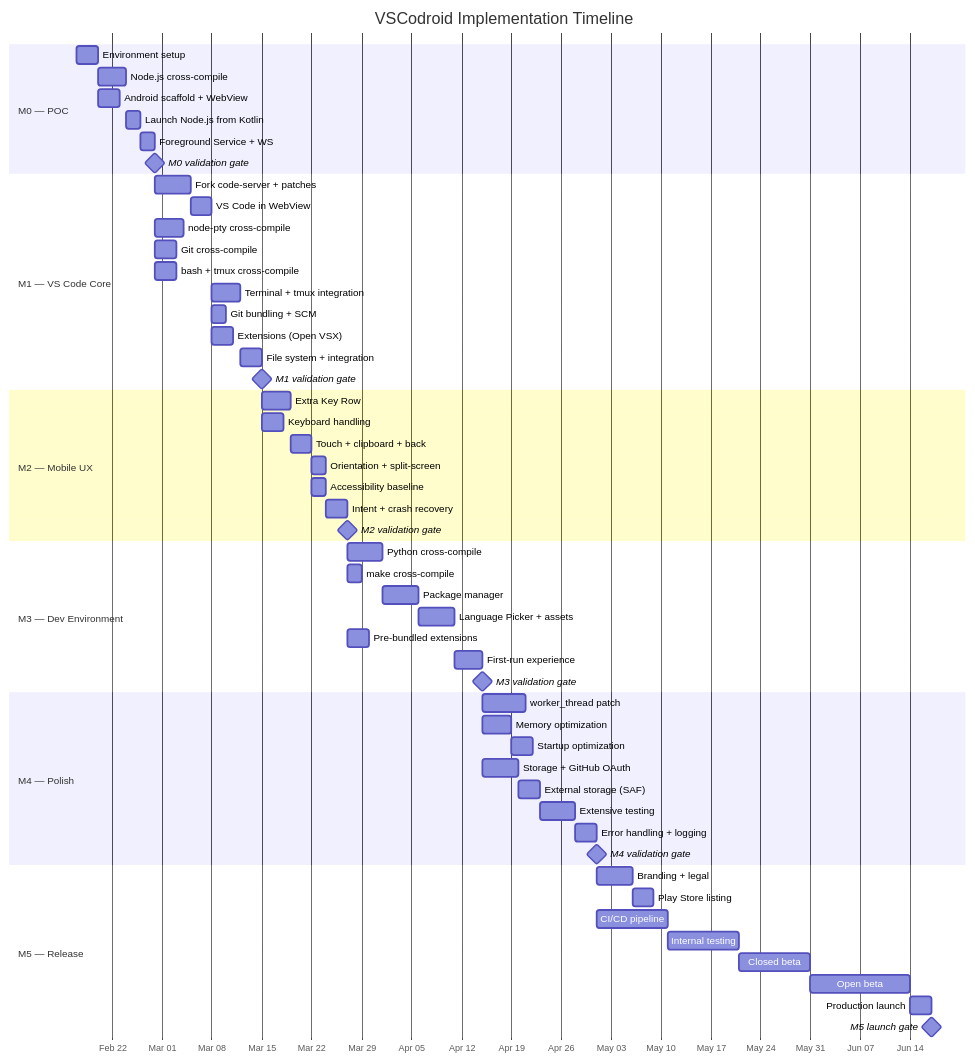
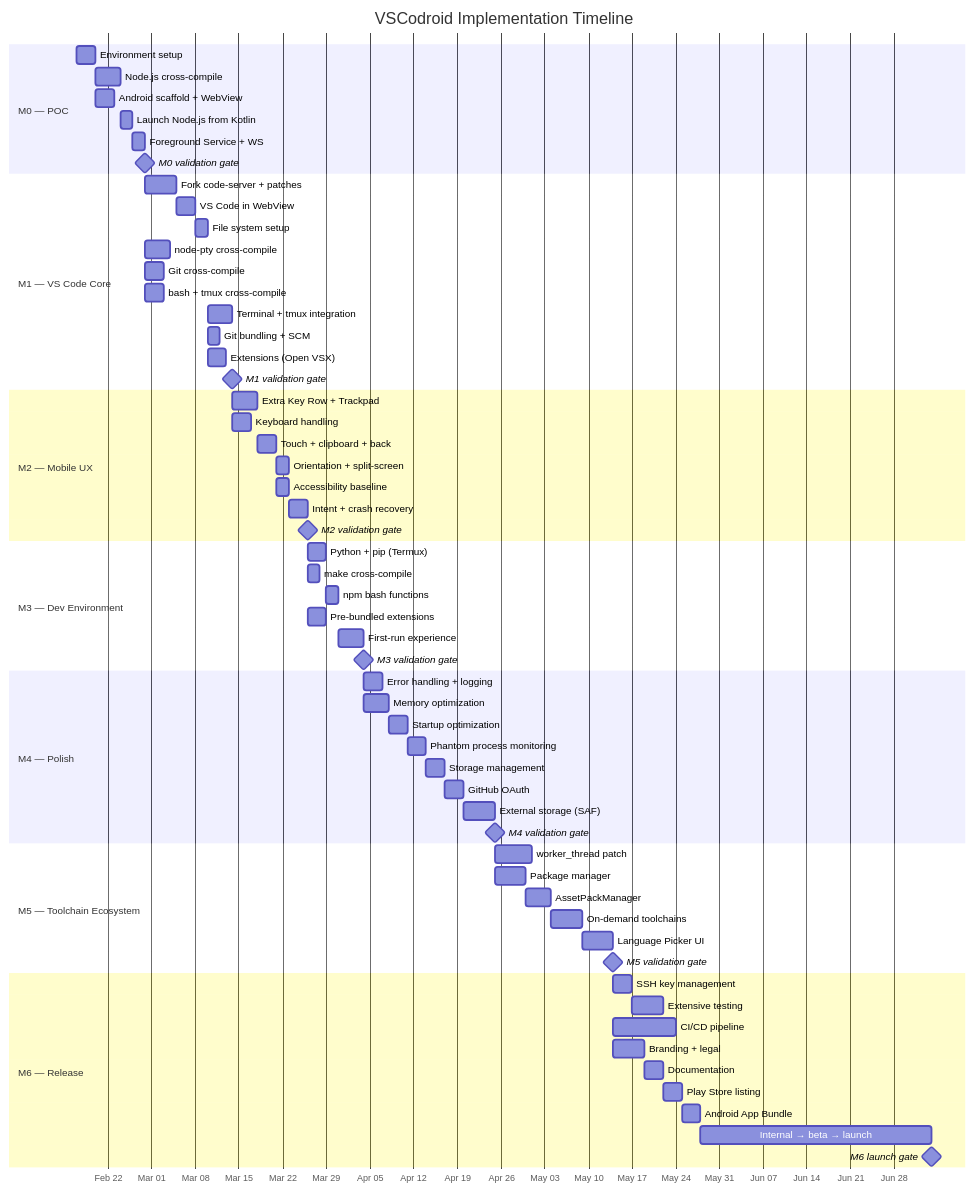
Before and after one commit to rmyndharis/VSCodroid: the first of 9 diagrams in docs/12-IMPLEMENTATION_PLAN.md, drawn with Mermaid. The commit also changed other lines of this file, not shown here.

First line of the commit message:
docs: align implementation plan with M0-M6 milestone structure

````diff
--- a/docs/12-IMPLEMENTATION_PLAN.md
+++ b/docs/12-IMPLEMENTATION_PLAN.md
@@ -25,64 +25,72 @@
 ```mermaid
 gantt
   title VSCodroid Implementation Timeline
   dateFormat YYYY-MM-DD
   axisFormat %b %d
 
   section M0 — POC
     Environment setup           :m0a, 2026-02-17, 3d
     Node.js cross-compile       :m0b, after m0a, 4d
     Android scaffold + WebView  :m0c, after m0a, 3d
     Launch Node.js from Kotlin  :m0d, after m0b m0c, 2d
     Foreground Service + WS     :m0e, after m0d, 2d
     M0 validation gate          :milestone, m0gate, after m0e, 0d
 
   section M1 — VS Code Core
     Fork code-server + patches  :m1a, after m0gate, 5d
     VS Code in WebView          :m1b, after m1a, 3d
+    File system setup           :m1c2, after m1b, 2d
     node-pty cross-compile      :m1c, after m0gate, 4d
     Git cross-compile           :m1d, after m0gate, 3d
     bash + tmux cross-compile   :m1e, after m0gate, 3d
-    Terminal + tmux integration :m1f, after m1b m1c m1e, 4d
-    Git bundling + SCM          :m1g, after m1b m1d, 2d
-    Extensions (Open VSX)       :m1h, after m1b, 3d
-    File system + integration   :m1i, after m1f m1g m1h, 3d
-    M1 validation gate          :milestone, m1gate, after m1i, 0d
+    Terminal + tmux integration :m1f, after m1c2 m1c m1e, 4d
+    Git bundling + SCM          :m1g, after m1c2 m1d, 2d
+    Extensions (Open VSX)       :m1h, after m1c2, 3d
+    M1 validation gate          :milestone, m1gate, after m1f m1g m1h, 0d
 
   section M2 — Mobile UX
-    Extra Key Row               :m2a, after m1gate, 4d
+    Extra Key Row + Trackpad    :m2a, after m1gate, 4d
     Keyboard handling           :m2b, after m1gate, 3d
     Touch + clipboard + back    :m2c, after m2a m2b, 3d
     Orientation + split-screen  :m2d, after m2c, 2d
     Accessibility baseline      :m2e, after m2c, 2d
     Intent + crash recovery     :m2f, after m2d m2e, 3d
     M2 validation gate          :milestone, m2gate, after m2f, 0d
 
   section M3 — Dev Environment
-    Python cross-compile        :m3a, after m2gate, 5d
+    Python + pip (Termux)       :m3a, after m2gate, 3d
     make cross-compile          :m3b, after m2gate, 2d
-    Package manager             :m3c, after m3a m3b, 5d
-    Language Picker + assets    :m3d, after m3c, 5d
-    Pre-bundled extensions      :m3e, after m2gate, 3d
-    First-run experience        :m3f, after m3d m3e, 4d
-    M3 validation gate          :milestone, m3gate, after m3f, 0d
+    npm bash functions          :m3c, after m3a m3b, 2d
+    Pre-bundled extensions      :m3d, after m2gate, 3d
+    First-run experience        :m3e, after m3c m3d, 4d
+    M3 validation gate          :milestone, m3gate, after m3e, 0d
 
   section M4 — Polish
-    worker_thread patch         :m4a, after m3gate, 6d
+    Error handling + logging    :m4a, after m3gate, 3d
     Memory optimization         :m4b, after m3gate, 4d
-    Startup optimization        :m4c, after m4b, 3d
-    Storage + GitHub OAuth      :m4d, after m3gate, 5d
-    External storage (SAF)      :m4e, after m4d, 3d
-    Extensive testing           :m4f, after m4a m4c m4e, 5d
-    Error handling + logging    :m4g, after m4f, 3d
+    Startup optimization        :m4c, after m4a m4b, 3d
+    Phantom process monitoring  :m4d, after m4c, 3d
+    Storage management          :m4e, after m4d, 3d
+    GitHub OAuth                :m4f, after m4e, 3d
+    External storage (SAF)      :m4g, after m4f, 5d
     M4 validation gate          :milestone, m4gate, after m4g, 0d
 
-  section M5 — Release
-    Branding + legal            :m5a, after m4gate, 5d
-    Play Store listing          :m5b, after m5a, 3d
-    CI/CD pipeline              :m5c, after m4gate, 10d
-    Internal testing            :m5d, after m5b m5c, 10d
-    Closed beta                 :m5e, after m5d, 10d
-    Open beta                   :m5f, after m5e, 14d
-    Production launch           :m5g, after m5f, 3d
-    M5 launch gate              :milestone, m5gate, after m5g, 0d
+  section M5 — Toolchain Ecosystem
+    worker_thread patch         :m5a, after m4gate, 6d
+    Package manager             :m5b, after m4gate, 5d
+    AssetPackManager            :m5c, after m5b, 4d
+    On-demand toolchains        :m5d, after m5c, 5d
+    Language Picker UI          :m5e, after m5d, 5d
+    M5 validation gate          :milestone, m5gate, after m5a m5e, 0d
+
+  section M6 — Release
+    SSH key management          :m6a, after m5gate, 3d
+    Extensive testing           :m6b, after m6a, 5d
+    CI/CD pipeline              :m6c, after m5gate, 10d
+    Branding + legal            :m6d, after m5gate, 5d
+    Documentation               :m6e, after m6d, 3d
+    Play Store listing          :m6f, after m6d m6e, 3d
+    Android App Bundle          :m6g, after m6b m6c m6f, 3d
+    Internal → beta → launch   :m6h, after m6g, 37d
+    M6 launch gate              :milestone, m6gate, after m6h, 0d
 ```
````
